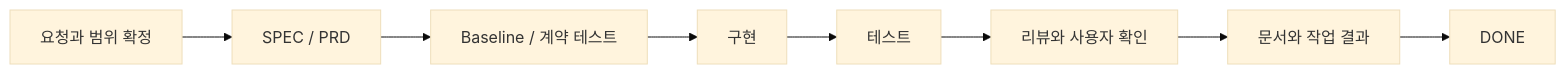
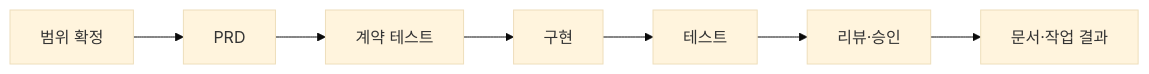
Before and after one commit to kim-svadoz/sugo: the diagram in README.md, drawn with Mermaid (base theme). The commit also changed other lines of this file and 4 other files, not shown here.

````diff
--- a/README.md
+++ b/README.md
@@ -148,10 +67,4 @@
 ```mermaid
 flowchart LR
-    A[요청과 범위 확정] --> B[SPEC / PRD]
-    B --> C[Baseline / 계약 테스트]
-    C --> D[구현]
-    D --> E[테스트]
-    E --> F[리뷰와 사용자 확인]
-    F --> G[문서와 작업 결과]
-    G --> H[DONE]
+    A[범위 확정] --> B[PRD] --> C[계약 테스트] --> D[구현] --> E[테스트] --> F[리뷰·승인] --> G[문서·작업 결과]
 ```
````
